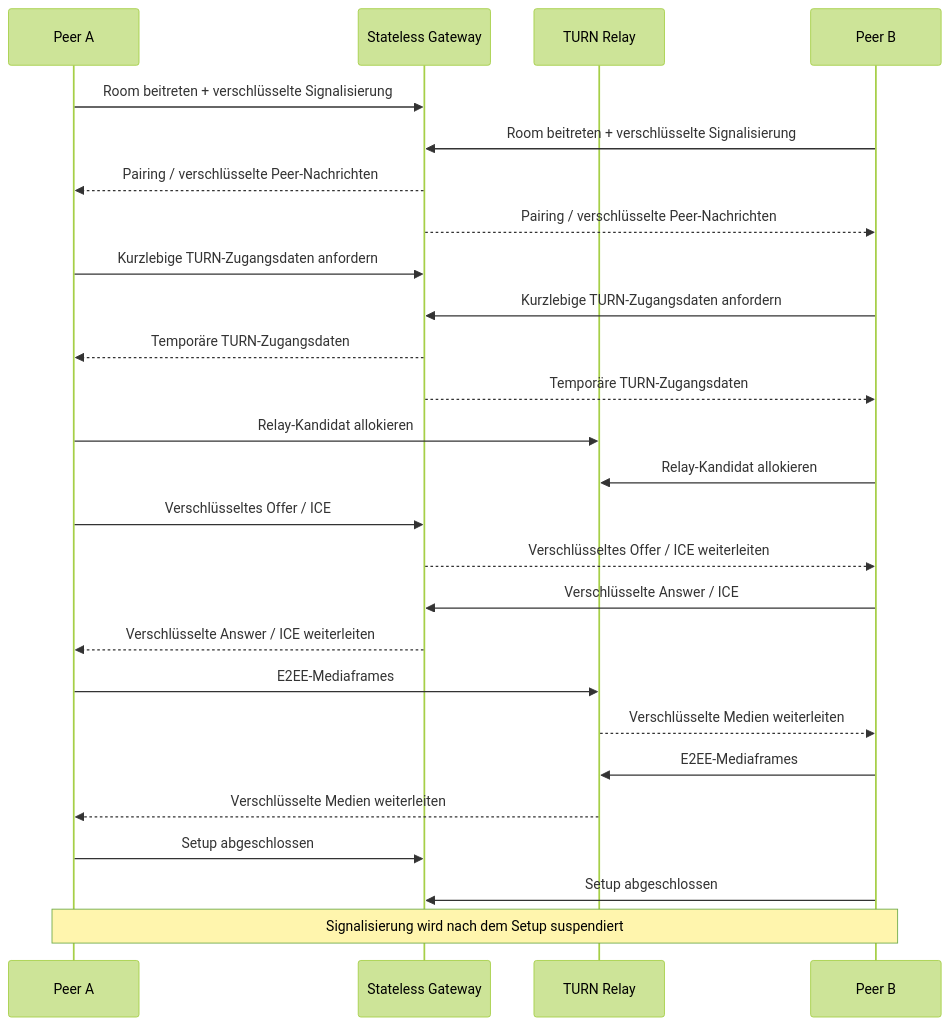
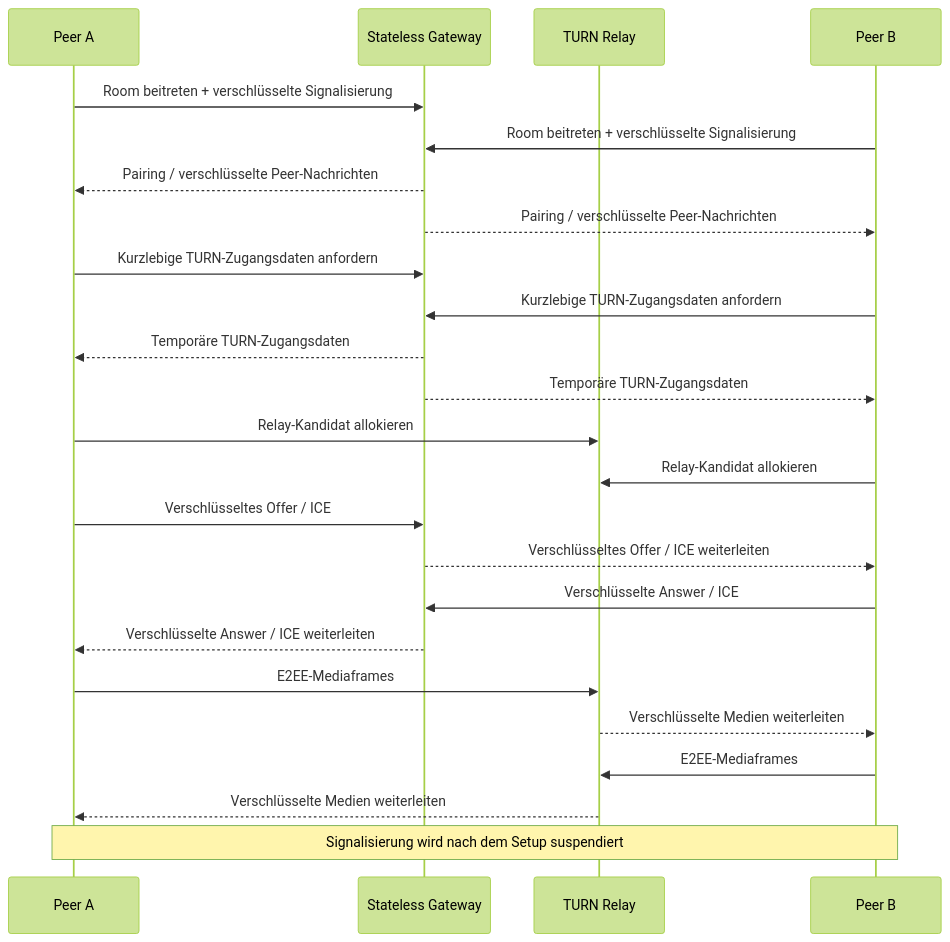
One commit to tahakubilay/LiveHide changed the diagram in README.de.md. Above: the diagram before and after it, drawn with Mermaid (forest theme). The commit also changed other lines of this file, not shown here.

````diff
--- a/README.de.md
+++ b/README.de.md
@@ -65,34 +50,32 @@
 ```mermaid
 sequenceDiagram
     participant A as Peer A
     participant G as Stateless Gateway
     participant T as TURN Relay
     participant B as Peer B
 
     A->>G: Room beitreten + verschlüsselte Signalisierung
     B->>G: Room beitreten + verschlüsselte Signalisierung
     G-->>A: Pairing / verschlüsselte Peer-Nachrichten
     G-->>B: Pairing / verschlüsselte Peer-Nachrichten
 
     A->>G: Kurzlebige TURN-Zugangsdaten anfordern
     B->>G: Kurzlebige TURN-Zugangsdaten anfordern
     G-->>A: Temporäre TURN-Zugangsdaten
     G-->>B: Temporäre TURN-Zugangsdaten
 
     A->>T: Relay-Kandidat allokieren
     B->>T: Relay-Kandidat allokieren
 
     A->>G: Verschlüsseltes Offer / ICE
     G-->>B: Verschlüsseltes Offer / ICE weiterleiten
     B->>G: Verschlüsselte Answer / ICE
     G-->>A: Verschlüsselte Answer / ICE weiterleiten
 
     A->>T: E2EE-Mediaframes
     T-->>B: Verschlüsselte Medien weiterleiten
     B->>T: E2EE-Mediaframes
     T-->>A: Verschlüsselte Medien weiterleiten
 
-    A->>G: Setup abgeschlossen
-    B->>G: Setup abgeschlossen
     Note over A,B: Signalisierung wird nach dem Setup suspendiert
 ```
````
